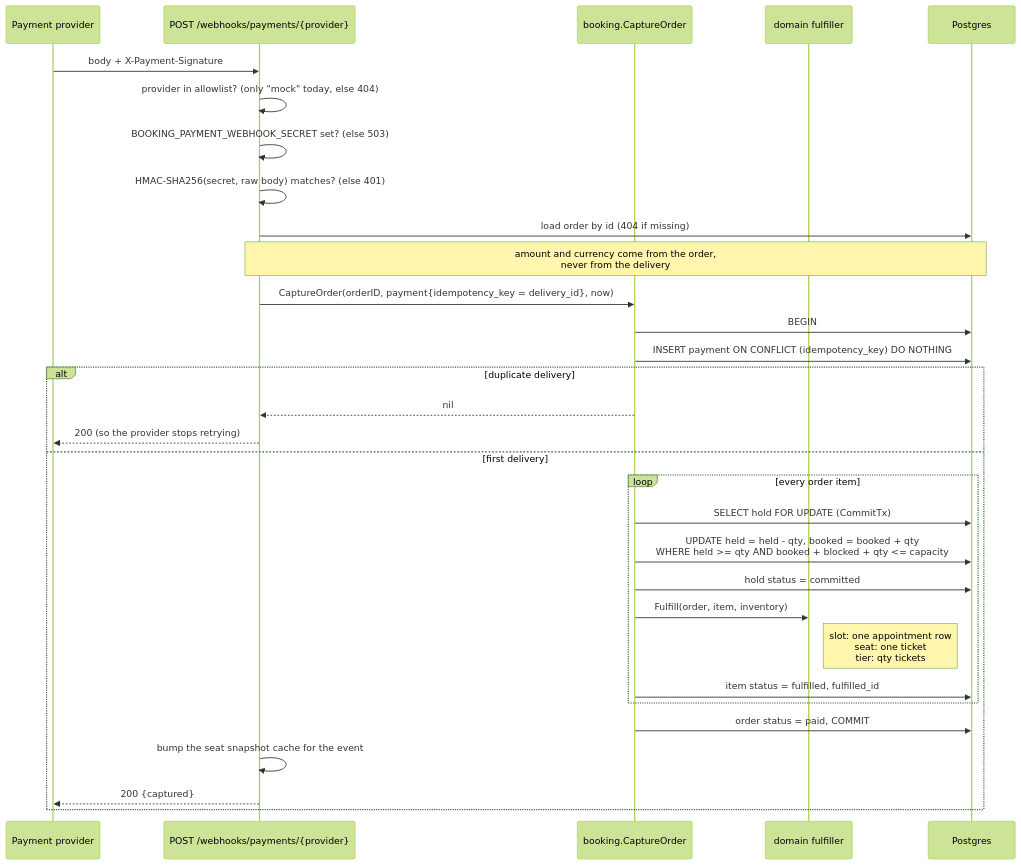
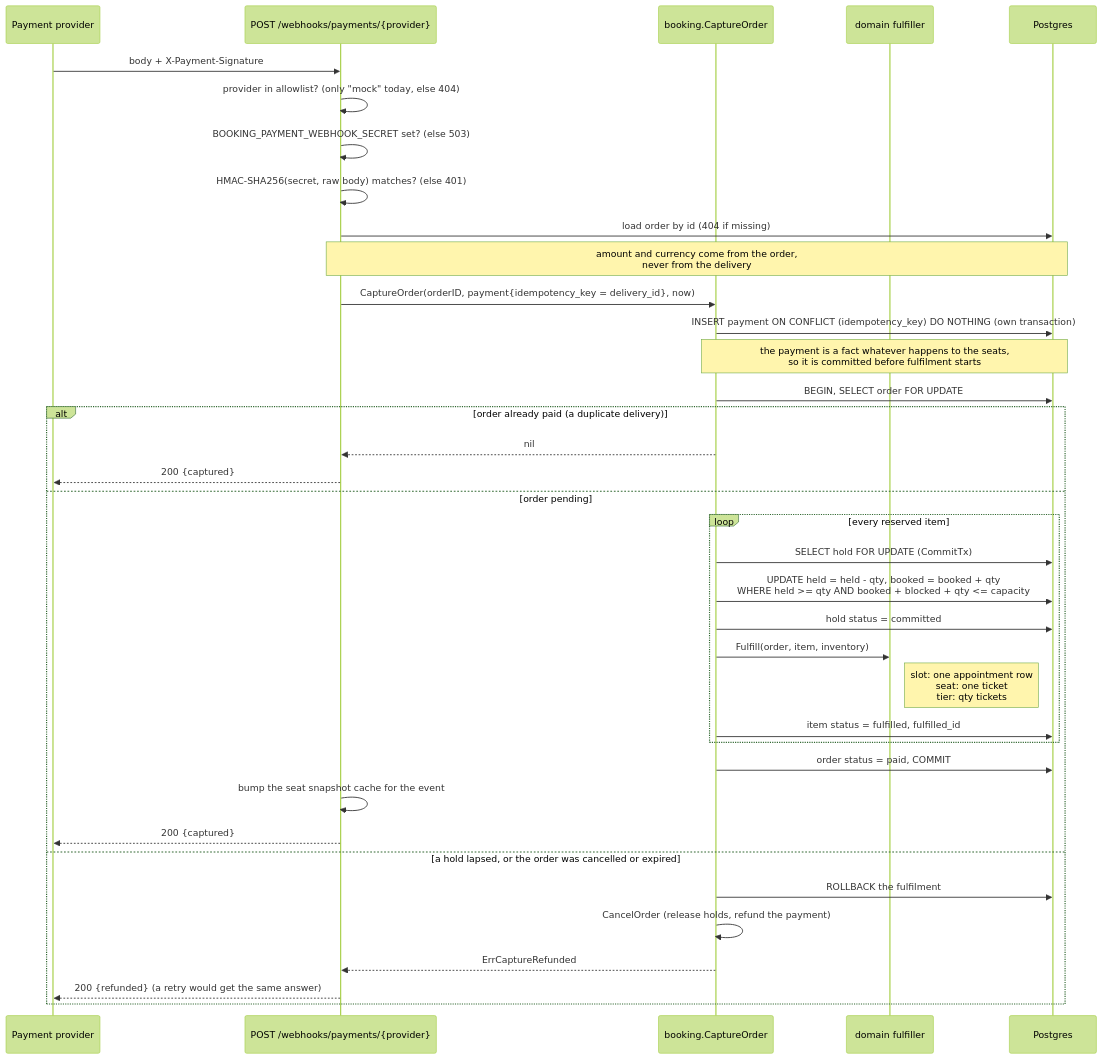
One commit to erancihan/clair changed the fourth of 6 diagrams in docs/wiki/booking-service.md. Above: the diagram before and after it, drawn with Mermaid (forest theme). The commit also changed other lines of this file and 21 other files, not shown here.

First line of the commit message:
feat(b2): theater checkout, order cancel and refund

````diff
--- a/docs/wiki/booking-service.md
+++ b/docs/wiki/booking-service.md
@@ -123,34 +123,40 @@
 ```mermaid
 sequenceDiagram
     participant Prov as Payment provider
     participant Hook as POST /webhooks/payments/{provider}
     participant Svc as booking.CaptureOrder
     participant Dom as domain fulfiller
     participant PG as Postgres
 
     Prov->>Hook: body + X-Payment-Signature
     Hook->>Hook: provider in allowlist? (only "mock" today, else 404)
     Hook->>Hook: BOOKING_PAYMENT_WEBHOOK_SECRET set? (else 503)
     Hook->>Hook: HMAC-SHA256(secret, raw body) matches? (else 401)
     Hook->>PG: load order by id (404 if missing)
     Note over Hook,PG: amount and currency come from the order,<br/>never from the delivery
     Hook->>Svc: CaptureOrder(orderID, payment{idempotency_key = delivery_id}, now)
-    Svc->>PG: BEGIN
-    Svc->>PG: INSERT payment ON CONFLICT (idempotency_key) DO NOTHING
-    alt duplicate delivery
+    Svc->>PG: INSERT payment ON CONFLICT (idempotency_key) DO NOTHING (own transaction)
+    Note over Svc,PG: the payment is a fact whatever happens to the seats,<br/>so it is committed before fulfilment starts
+    Svc->>PG: BEGIN, SELECT order FOR UPDATE
+    alt order already paid (a duplicate delivery)
         Svc-->>Hook: nil
-        Hook-->>Prov: 200 (so the provider stops retrying)
-    else first delivery
-        loop every order item
+        Hook-->>Prov: 200 {captured}
+    else order pending
+        loop every reserved item
             Svc->>PG: SELECT hold FOR UPDATE (CommitTx)
             Svc->>PG: UPDATE held = held - qty, booked = booked + qty<br/>WHERE held >= qty AND booked + blocked + qty <= capacity
             Svc->>PG: hold status = committed
             Svc->>Dom: Fulfill(order, item, inventory)
             Note right of Dom: slot: one appointment row<br/>seat: one ticket<br/>tier: qty tickets
             Svc->>PG: item status = fulfilled, fulfilled_id
         end
         Svc->>PG: order status = paid, COMMIT
         Hook->>Hook: bump the seat snapshot cache for the event
         Hook-->>Prov: 200 {captured}
+    else a hold lapsed, or the order was cancelled or expired
+        Svc->>PG: ROLLBACK the fulfilment
+        Svc->>Svc: CancelOrder (release holds, refund the payment)
+        Svc-->>Hook: ErrCaptureRefunded
+        Hook-->>Prov: 200 {refunded} (a retry would get the same answer)
     end
 ```
````
